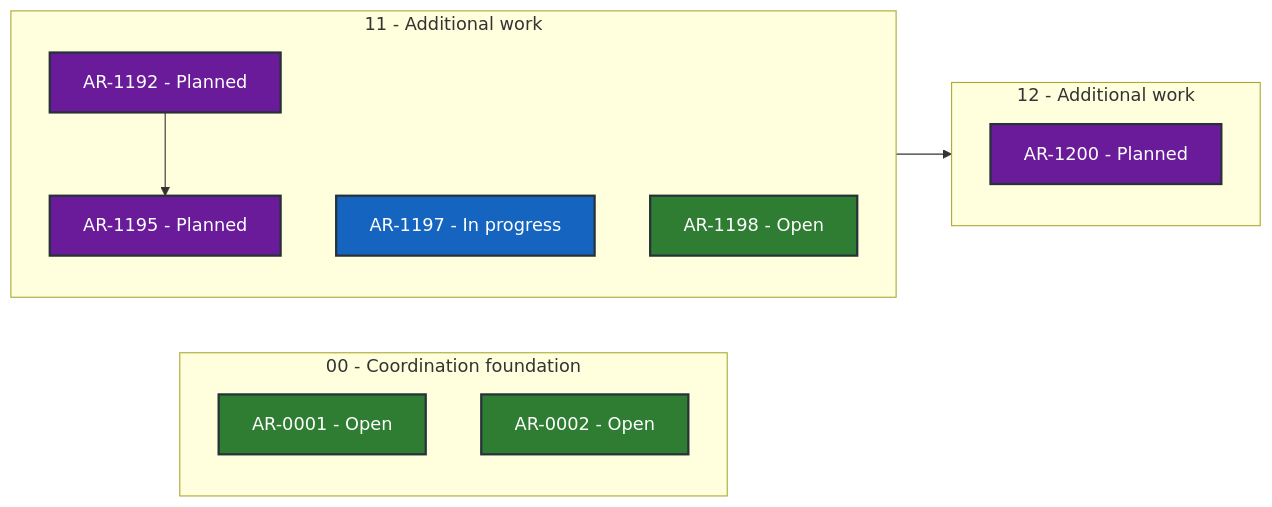
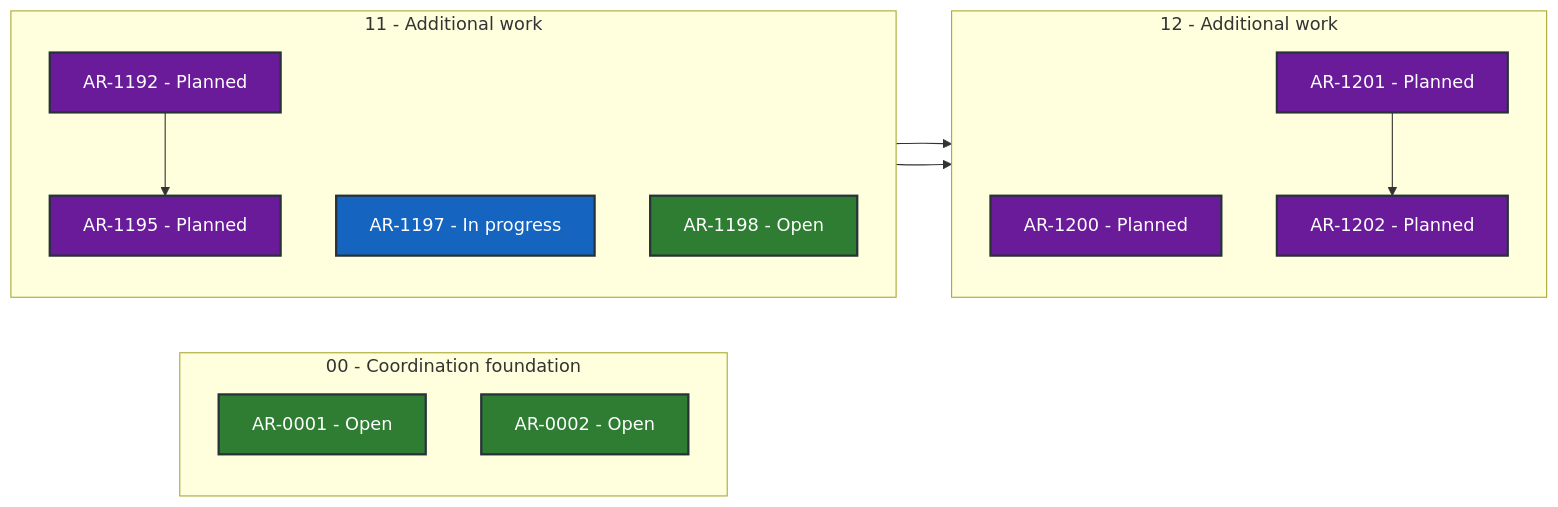
One commit to martin-beck/asb-tui-state changed the diagram in STATUS.md. Above: the diagram before and after it, drawn with Mermaid. The commit also changed other lines of this file and 2 other files, not shown here.

````diff
--- a/STATUS.md
+++ b/STATUS.md
@@ -27,29 +27,33 @@
 ```mermaid
 flowchart LR
     subgraph series_00["00 - Coordination foundation"]
         direction TB
         AR_0001["AR-0001 - Open"]:::status_open
         AR_0002["AR-0002 - Open"]:::status_open
     end
     subgraph series_11["11 - Additional work"]
         direction TB
         AR_1192["AR-1192 - Planned"]:::status_planned
         AR_1195["AR-1195 - Planned"]:::status_planned
         AR_1197["AR-1197 - In progress"]:::status_in_progress
         AR_1198["AR-1198 - Open"]:::status_open
     end
     subgraph series_12["12 - Additional work"]
         direction TB
         AR_1200["AR-1200 - Planned"]:::status_planned
+        AR_1201["AR-1201 - Planned"]:::status_planned
+        AR_1202["AR-1202 - Planned"]:::status_planned
     end
     AR_1192 --> AR_1195
     AR_1195 --> AR_1200
+    AR_1197 --> AR_1201
+    AR_1201 --> AR_1202
     classDef status_in_progress fill:#1565c0,color:#ffffff,stroke:#263238,stroke-width:2px
     classDef status_open fill:#2e7d32,color:#ffffff,stroke:#263238,stroke-width:2px
     classDef status_blocked fill:#c62828,color:#ffffff,stroke:#263238,stroke-width:2px
     classDef status_planned fill:#6a1b9a,color:#ffffff,stroke:#263238,stroke-width:2px
     classDef status_future fill:#455a64,color:#ffffff,stroke:#263238,stroke-width:2px
     classDef status_done fill:#00695c,color:#ffffff,stroke:#263238,stroke-width:2px
     classDef status_cancelled fill:#616161,color:#ffffff,stroke:#263238,stroke-width:2px
     classDef status_superseded fill:#5d4037,color:#ffffff,stroke:#263238,stroke-width:2px
 ```
````
